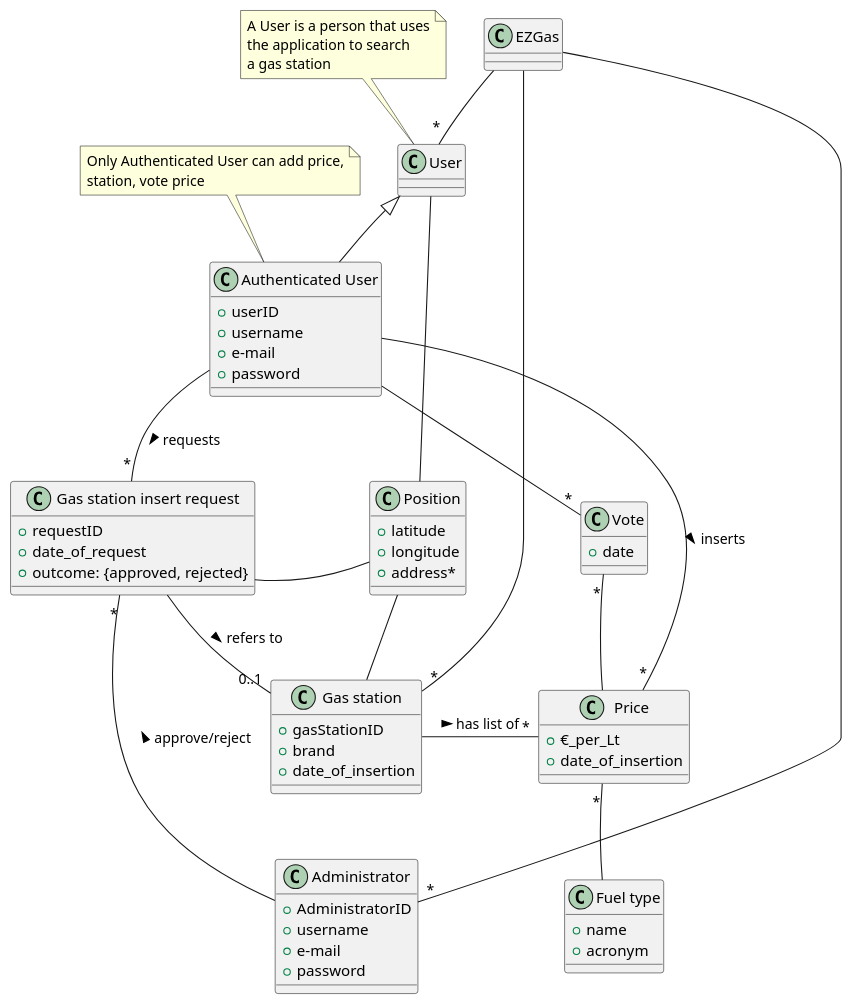
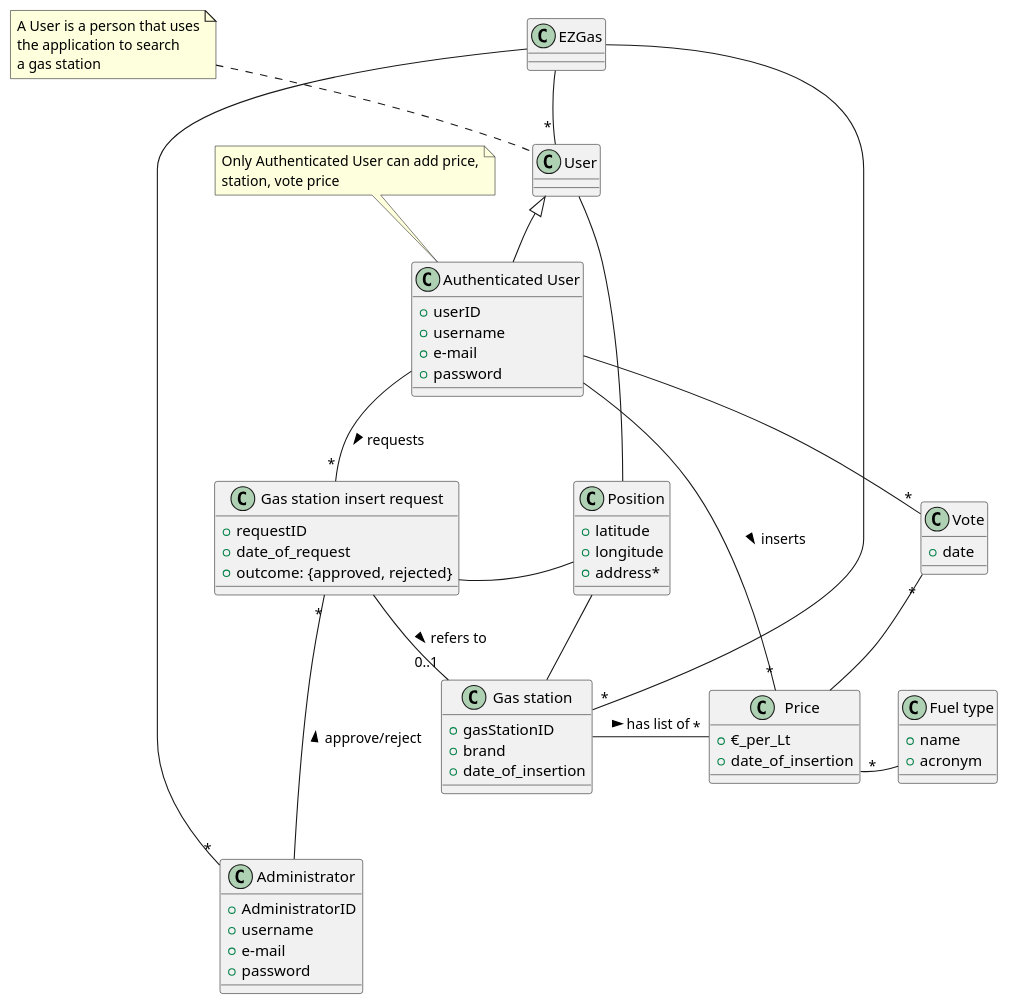
One commit to SE2-group4/SE1-project changed the third of 3 diagrams in docs/RequirementsDocument.md. Above: the diagram before and after it, drawn with PlantUML.

Commit message:
style: glossary enhancement

```diff
--- a/docs/RequirementsDocument.md
+++ b/docs/RequirementsDocument.md
@@ -312,7 +312,7 @@
 EZGas -- "*" User
 EZGas -- "*" "Gas station"
 EZGas -- "*" Administrator
-Price "*" -- "Fuel type"
+Price "*" - "Fuel type"
 "Gas station" -- "*" Price : has list of >
 "Gas station" - Position
 "Authenticated User" -- "*" Vote
@@ -342,7 +342,7 @@
 "Gas station" --[hidden]> "Administrator"
 "Gas station" -[hidden]> Price
 "Gas station insert request" --[hidden]> "Gas station"
-Price --[hidden]> "Fuel type"
+Price -[hidden]> "Fuel type"
 Position -[hidden]> "Gas station insert request"
 
 @enduml
```
